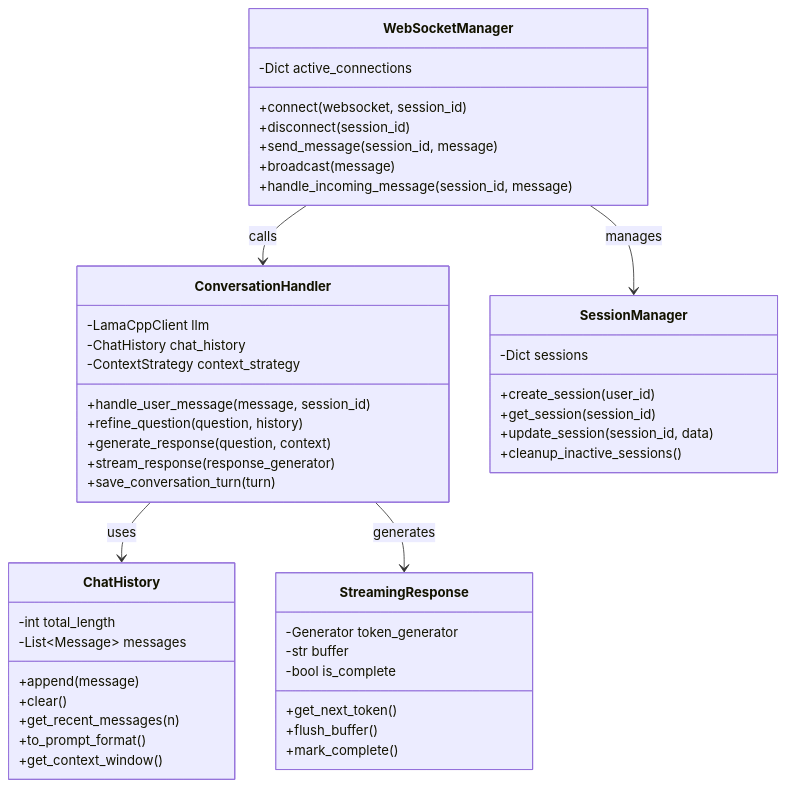
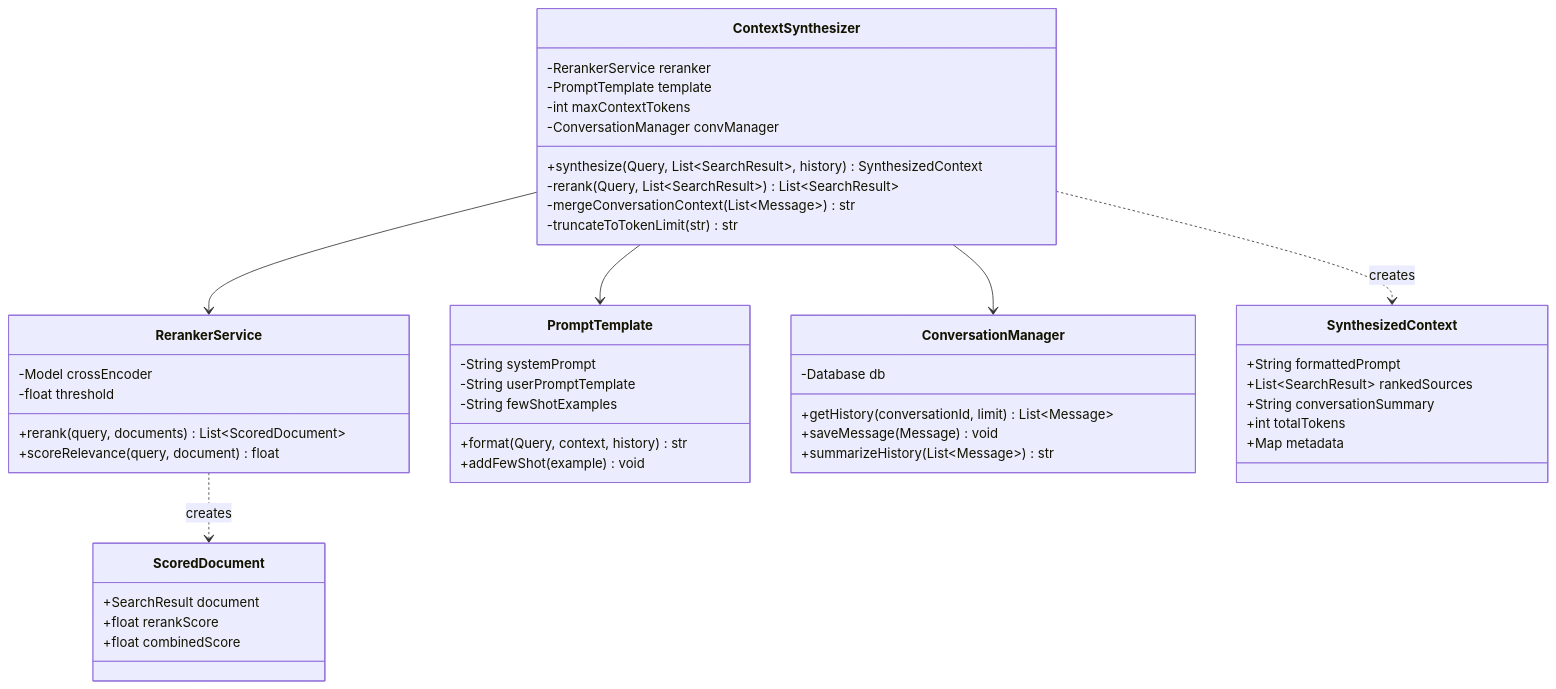
The eighth of 13 diagrams in README.md (tvanle/Module2-HTTM), drawn with Mermaid before and after one commit. The commit also changed other lines of this file, not shown here.

````diff
--- a/README.md
+++ b/README.md
@@ -645,54 +676,55 @@
 ```mermaid
 classDiagram
-    class ConversationHandler {
-        -LamaCppClient llm
-        -ChatHistory chat_history
-        -ContextStrategy context_strategy
-        +handle_user_message(message, session_id)
-        +refine_question(question, history)
-        +generate_response(question, context)
-        +stream_response(response_generator)
-        +save_conversation_turn(turn)
+    class ContextSynthesizer {
+        -RerankerService reranker
+        -PromptTemplate template
+        -int maxContextTokens
+        -ConversationManager convManager
+        +synthesize(Query, List~SearchResult~, history) SynthesizedContext
+        -rerank(Query, List~SearchResult~) List~SearchResult~
+        -mergeConversationContext(List~Message~) str
+        -truncateToTokenLimit(str) str
     }
 
-    class ChatHistory {
-        -int total_length
-        -List~Message~ messages
-        +append(message)
-        +clear()
-        +get_recent_messages(n)
-        +to_prompt_format()
-        +get_context_window()
+    class RerankerService {
+        -Model crossEncoder
+        -float threshold
+        +rerank(query, documents) List~ScoredDocument~
+        +scoreRelevance(query, document) float
     }
 
-    class WebSocketManager {
-        -Dict active_connections
-        +connect(websocket, session_id)
-        +disconnect(session_id)
-        +send_message(session_id, message)
-        +broadcast(message)
-        +handle_incoming_message(session_id, message)
+    class PromptTemplate {
+        -String systemPrompt
+        -String userPromptTemplate
+        -String fewShotExamples
+        +format(Query, context, history) str
+        +addFewShot(example) void
     }
 
-    class StreamingResponse {
-        -Generator token_generator
-        -str buffer
-        -bool is_complete
-        +get_next_token()
-        +flush_buffer()
-        +mark_complete()
+    class ConversationManager {
+        -Database db
+        +getHistory(conversationId, limit) List~Message~
+        +saveMessage(Message) void
+        +summarizeHistory(List~Message~) str
     }
 
-    class SessionManager {
-        -Dict sessions
-        +create_session(user_id)
-        +get_session(session_id)
-        +update_session(session_id, data)
-        +cleanup_inactive_sessions()
+    class SynthesizedContext {
+        +String formattedPrompt
+        +List~SearchResult~ rankedSources
+        +String conversationSummary
+        +int totalTokens
+        +Map metadata
     }
 
-    ConversationHandler --> ChatHistory : uses
-    ConversationHandler --> StreamingResponse : generates
-    WebSocketManager --> ConversationHandler : calls
-    WebSocketManager --> SessionManager : manages
+    class ScoredDocument {
+        +SearchResult document
+        +float rerankScore
+        +float combinedScore
+    }
+
+    ContextSynthesizer --> RerankerService
+    ContextSynthesizer --> PromptTemplate
+    ContextSynthesizer --> ConversationManager
+    ContextSynthesizer ..> SynthesizedContext : creates
+    RerankerService ..> ScoredDocument : creates
 ```
````
